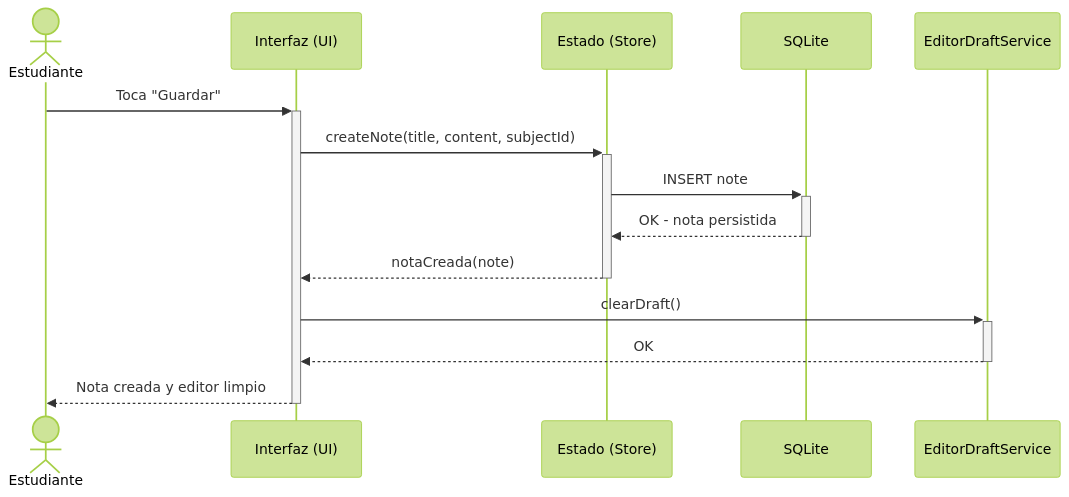
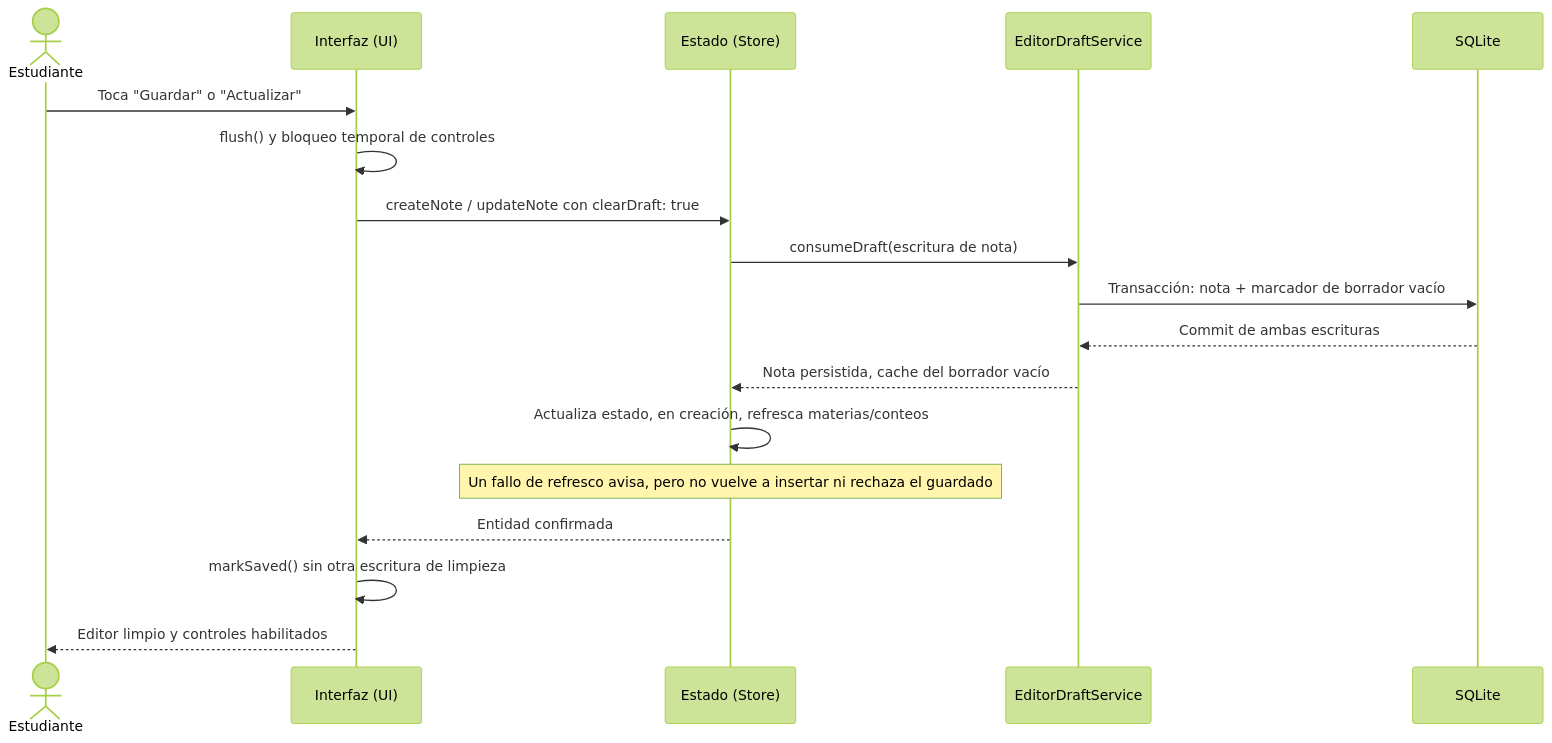
Before and after one commit to jdfesa/lumapse: the third of 5 diagrams in docs/diagramas/secuencia-crear-nota.md, drawn with Mermaid (forest theme). The commit also changed other lines of this file and 14 other files, not shown here.

````diff
--- a/docs/diagramas/secuencia-crear-nota.md
+++ b/docs/diagramas/secuencia-crear-nota.md
@@ -62,17 +74,21 @@
 ```mermaid
 sequenceDiagram
     actor EST as Estudiante
     participant UI as Interfaz (UI)
     participant STORE as Estado (Store)
+    participant DRAFT as EditorDraftService
     participant DB as SQLite
-    participant DRAFT as EditorDraftService
 
-    EST ->>+ UI: Toca "Guardar"
-    UI ->>+ STORE: createNote(title, content, subjectId)
-    STORE ->>+ DB: INSERT note
-    DB -->>- STORE: OK - nota persistida
-    STORE -->>- UI: notaCreada(note)
-    UI ->>+ DRAFT: clearDraft()
-    DRAFT -->>- UI: OK
-    UI -->>- EST: Nota creada y editor limpio
+    EST ->> UI: Toca "Guardar" o "Actualizar"
+    UI ->> UI: flush() y bloqueo temporal de controles
+    UI ->> STORE: createNote / updateNote con clearDraft: true
+    STORE ->> DRAFT: consumeDraft(escritura de nota)
+    DRAFT ->> DB: Transacción: nota + marcador de borrador vacío
+    DB -->> DRAFT: Commit de ambas escrituras
+    DRAFT -->> STORE: Nota persistida, cache del borrador vacío
+    STORE ->> STORE: Actualiza estado, en creación, refresca materias/conteos
+    Note over STORE: Un fallo de refresco avisa, pero no vuelve a insertar ni rechaza el guardado
+    STORE -->> UI: Entidad confirmada
+    UI ->> UI: markSaved() sin otra escritura de limpieza
+    UI -->> EST: Editor limpio y controles habilitados
 ```
````
